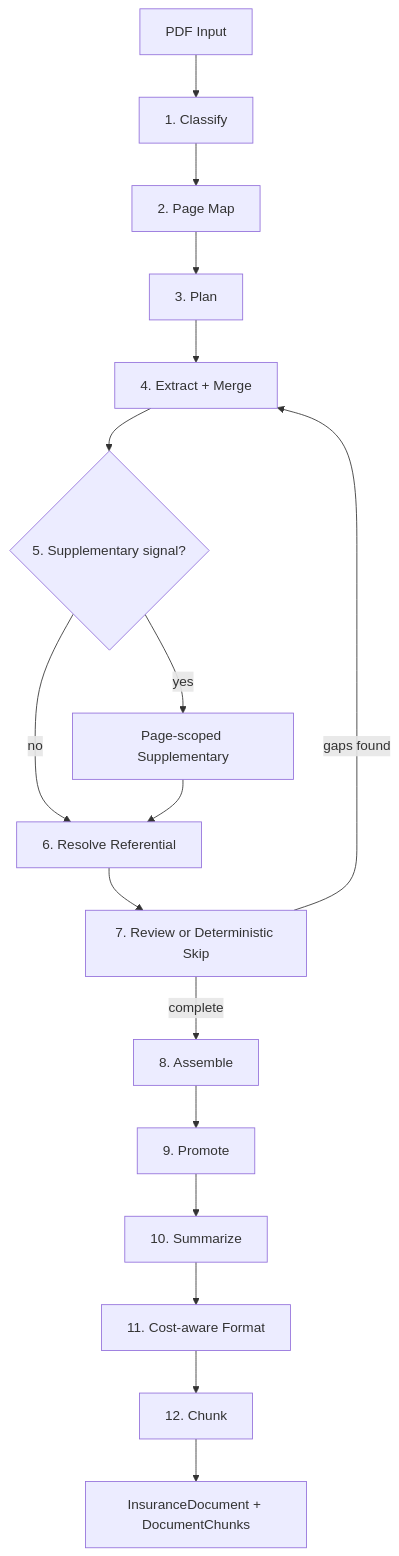
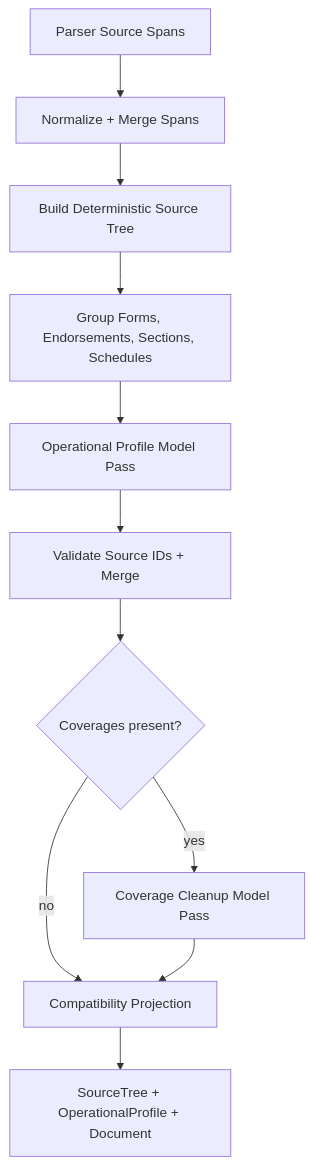
Before and after one commit to claritylabs-inc/cl-sdk: the diagram in docs-pkg/extraction/pipeline.mdx, drawn with Mermaid. The commit also changed other lines of this file and 16 other files, not shown here.

Commit message:
docs: align cl-sdk docs with published source-tree API

````diff
--- a/docs-pkg/extraction/pipeline.mdx
+++ b/docs-pkg/extraction/pipeline.mdx
@@ -41,19 +45,13 @@
 ```mermaid
 flowchart TD
-    A[PDF Input] --> B[1. Classify]
-    B --> C[2. Page Map]
-    C --> D[3. Plan]
-    D --> E[4. Extract + Merge]
-    E --> F{5. Supplementary signal?}
-    F -->|yes| G[Page-scoped Supplementary]
-    F -->|no| H[6. Resolve Referential]
-    G --> H
-    H --> I[7. Review or Deterministic Skip]
-    I -->|gaps found| E
-    I -->|complete| J[8. Assemble]
-    J --> K[9. Promote]
-    K --> L[10. Summarize]
-    L --> M[11. Cost-aware Format]
-    M --> N[12. Chunk]
-    N --> O[InsuranceDocument + DocumentChunks]
+    A[Parser Source Spans] --> B[Normalize + Merge Spans]
+    B --> C[Build Deterministic Source Tree]
+    C --> D[Group Forms, Endorsements, Sections, Schedules]
+    D --> E[Operational Profile Model Pass]
+    E --> F[Validate Source IDs + Merge]
+    F --> G{Coverages present?}
+    G -->|yes| H[Coverage Cleanup Model Pass]
+    G -->|no| I[Compatibility Projection]
+    H --> I
+    I --> J[SourceTree + OperationalProfile + Document]
 ```
````
